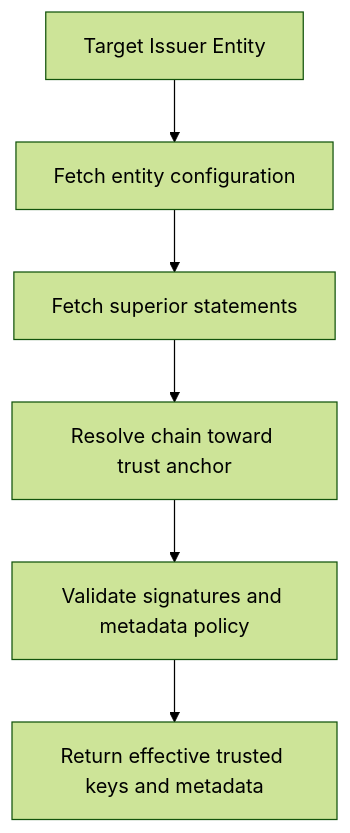
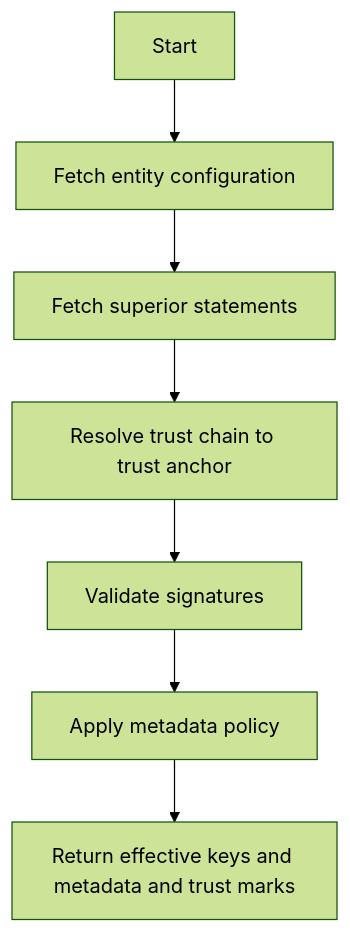
Before and after one commit to openwallet-foundation-labs/sd-jwt-dotnet: the fourth of 7 diagrams in docs/concepts/architecture.md, drawn with Mermaid (forest theme). The commit also changed other lines of this file and 28 other files, not shown here.

````diff
--- a/docs/concepts/architecture.md
+++ b/docs/concepts/architecture.md
@@ -201,8 +462,9 @@
 ```mermaid
 flowchart TB
-  Target["Target Issuer Entity"] --> Config["Fetch entity configuration"]
-  Config --> Statement["Fetch superior statements"]
-  Statement --> Resolve["Resolve chain toward trust anchor"]
-  Resolve --> Validate["Validate signatures and metadata policy"]
-  Validate --> Keys["Return effective trusted keys and metadata"]
+  Start[Start] --> Cfg[Fetch entity configuration]
+  Cfg --> Sup[Fetch superior statements]
+  Sup --> Chain[Resolve trust chain to trust anchor]
+  Chain --> Sig[Validate signatures]
+  Sig --> Policy[Apply metadata policy]
+  Policy --> Result[Return effective keys and metadata and trust marks]
 ```
````
